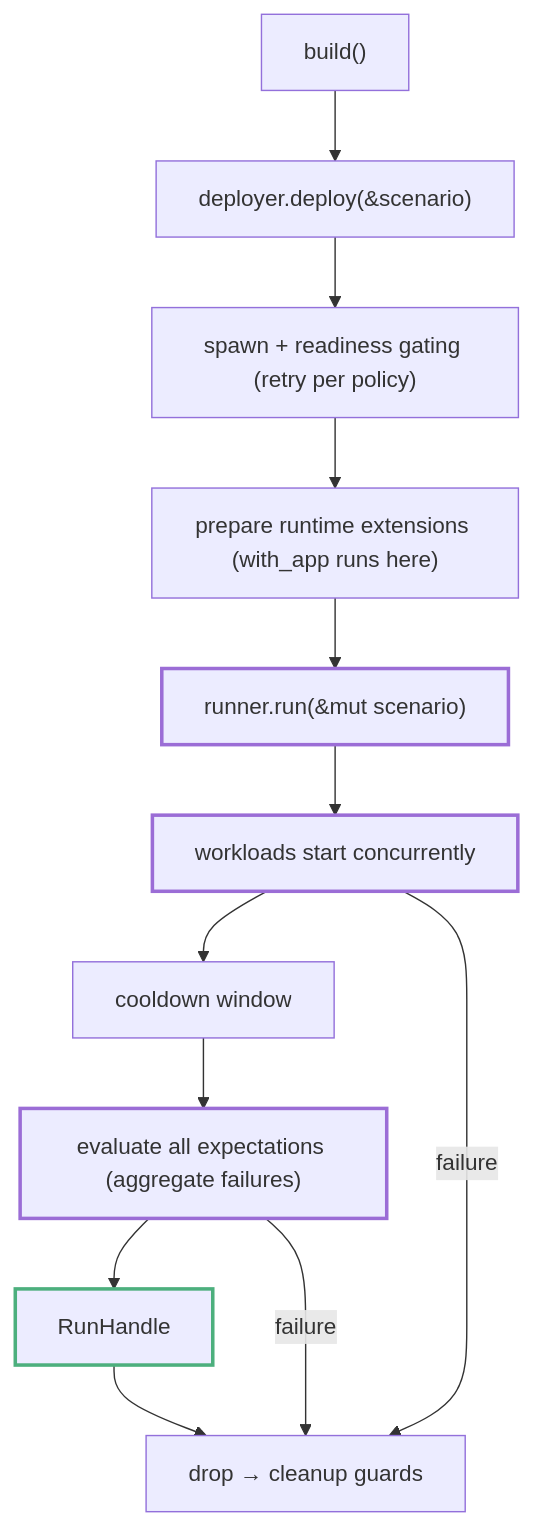
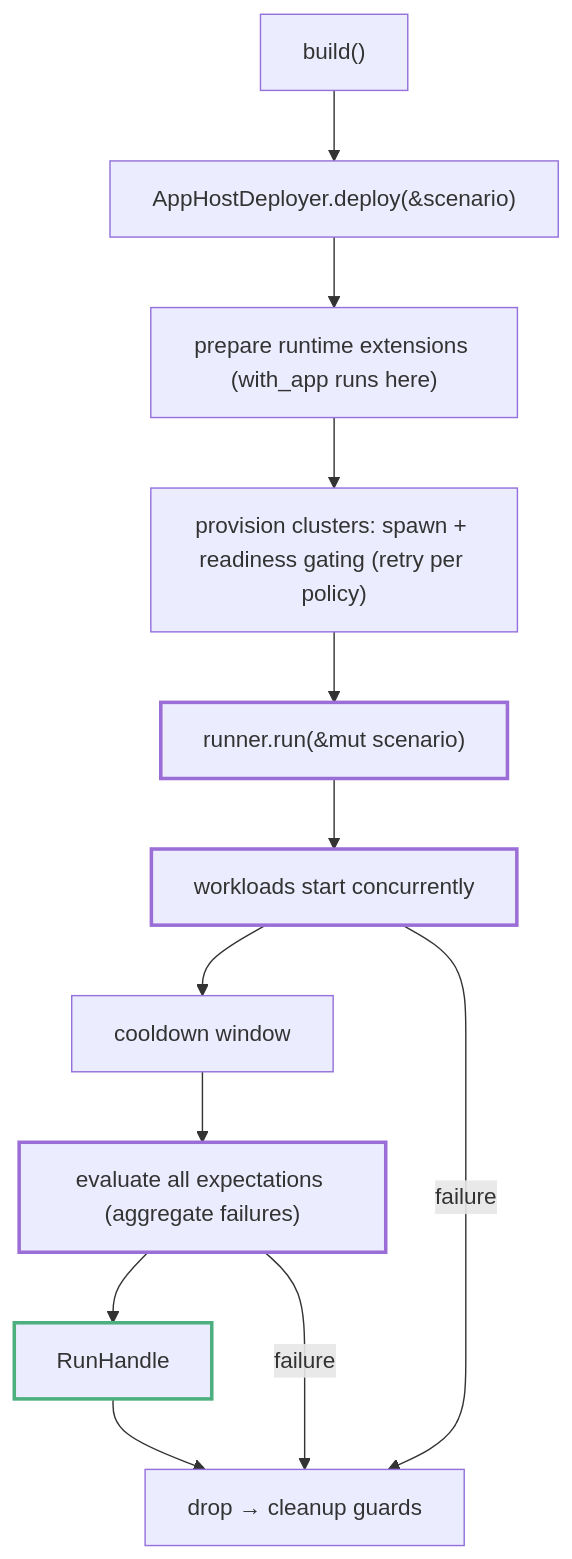
Before and after one commit to logos-blockchain/logos-blockchain-testing: the diagram in book/src/scenario-model.md, drawn with Mermaid. The commit also changed other lines of this file and 47 other files, not shown here.

````diff
--- a/book/src/scenario-model.md
+++ b/book/src/scenario-model.md
@@ -28,20 +28,20 @@
 ```mermaid
 flowchart TD
-    B["build()"] --> D["deployer.deploy(&scenario)"]
-    D --> RG["spawn + readiness gating (retry per policy)"]
-    RG --> PX["prepare runtime extensions (with_app runs here)"]
-    PX --> RUN["runner.run(&mut scenario)"]
+    B["build()"] --> D["AppHostDeployer.deploy(&scenario)"]
+    D --> PX["prepare runtime extensions (with_app runs here)"]
+    PX --> RG["provision clusters: spawn + readiness gating (retry per policy)"]
+    RG --> RUN["runner.run(&mut scenario)"]
     RUN --> W["workloads start concurrently"]
     W --> CD["cooldown window"]
     CD --> EV["evaluate all expectations (aggregate failures)"]
     EV --> H["RunHandle"]
     H --> T["drop → cleanup guards"]
     W -- "failure" --> T
     EV -- "failure" --> T
     RUN:::sc
     W:::sc
     EV:::sc
     H:::hd
     classDef sc stroke:#9b6dd6,stroke-width:2.5px;
     classDef hd stroke:#4caf7d,stroke-width:2.5px;
 ```
````
